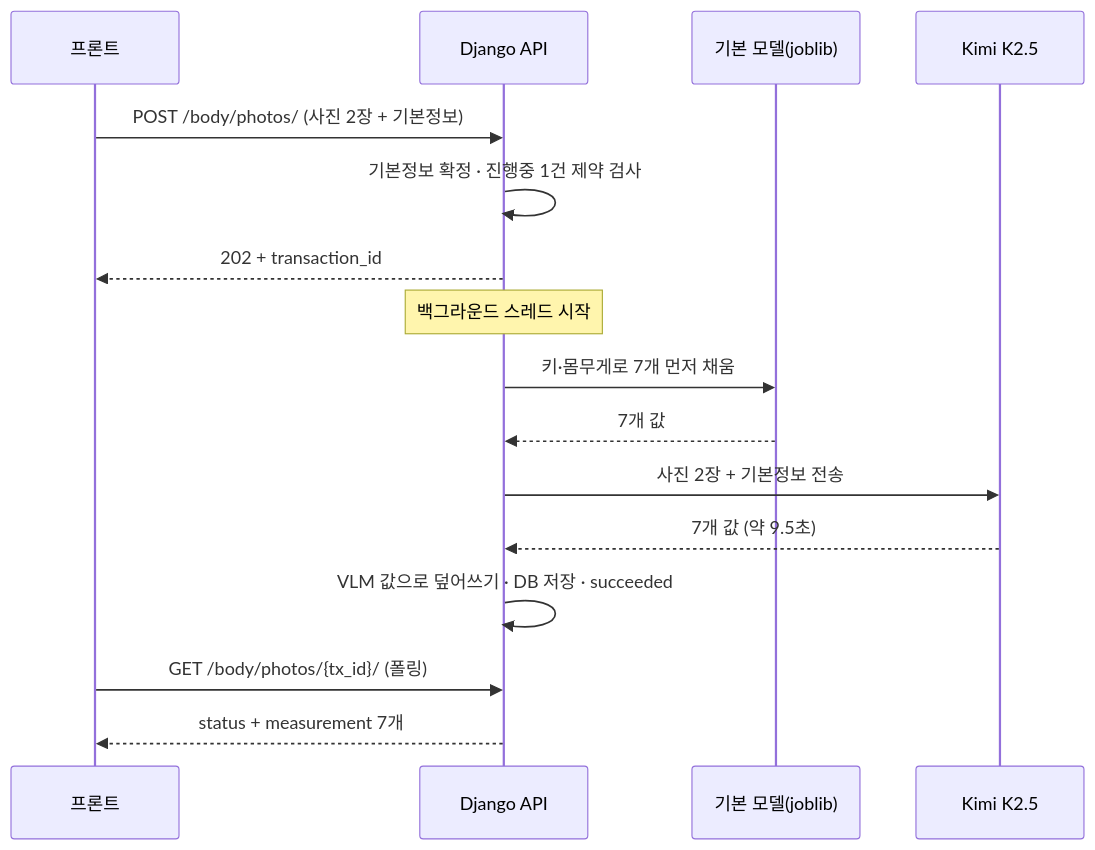
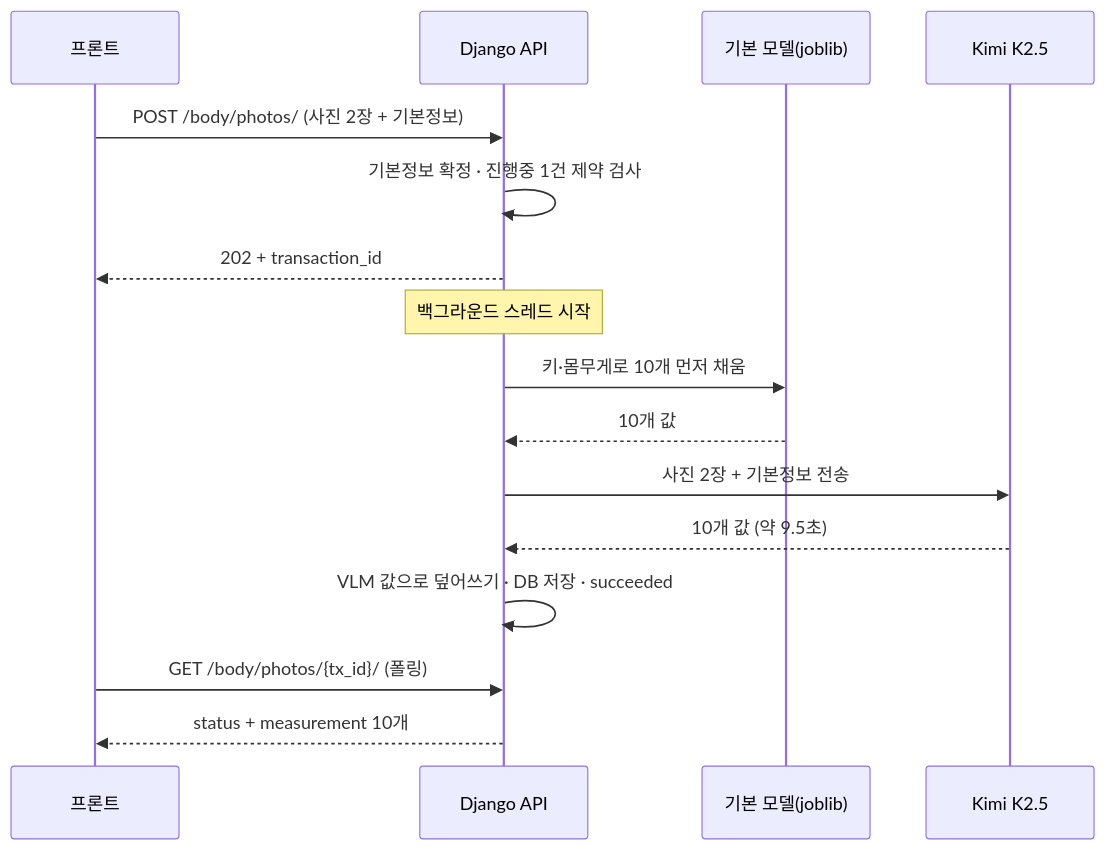
Before and after one commit to SKNETWORKS-FAMILY-AICAMP/SKN28-FINAL-1Team: the second of 2 diagrams in docs/body-measurement-api-design.md, drawn with Mermaid. The commit also changed other lines of this file and 11 other files, not shown here.

````diff
--- a/docs/body-measurement-api-design.md
+++ b/docs/body-measurement-api-design.md
@@ -140,19 +144,19 @@
 ```mermaid
 sequenceDiagram
     participant F as 프론트
     participant A as Django API
     participant M as 기본 모델(joblib)
     participant V as Kimi K2.5
 
     F->>A: POST /body/photos/ (사진 2장 + 기본정보)
     A->>A: 기본정보 확정 · 진행중 1건 제약 검사
     A-->>F: 202 + transaction_id
     Note over A: 백그라운드 스레드 시작
-    A->>M: 키·몸무게로 7개 먼저 채움
-    M-->>A: 7개 값
+    A->>M: 키·몸무게로 10개 먼저 채움
+    M-->>A: 10개 값
     A->>V: 사진 2장 + 기본정보 전송
-    V-->>A: 7개 값 (약 9.5초)
+    V-->>A: 10개 값 (약 9.5초)
     A->>A: VLM 값으로 덮어쓰기 · DB 저장 · succeeded
     F->>A: GET /body/photos/{tx_id}/ (폴링)
-    A-->>F: status + measurement 7개
+    A-->>F: status + measurement 10개
 ```
````
